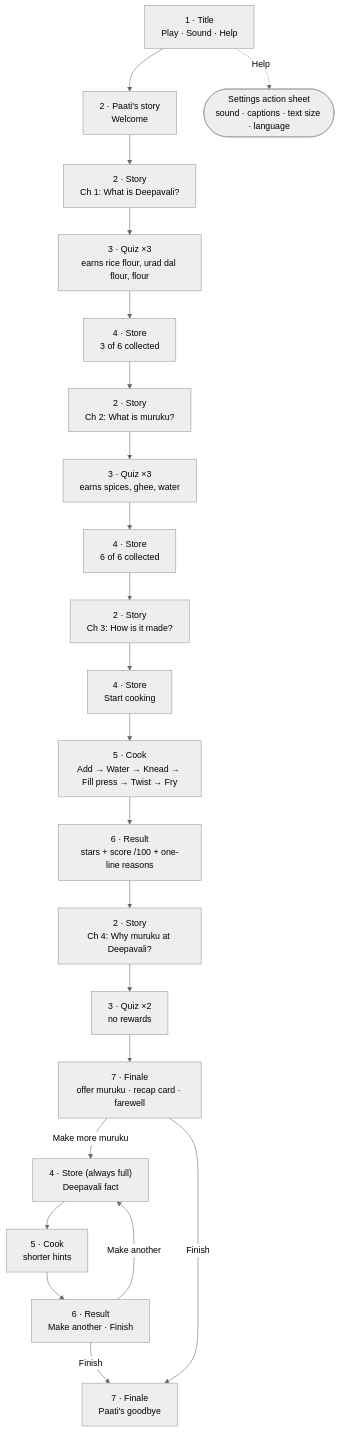
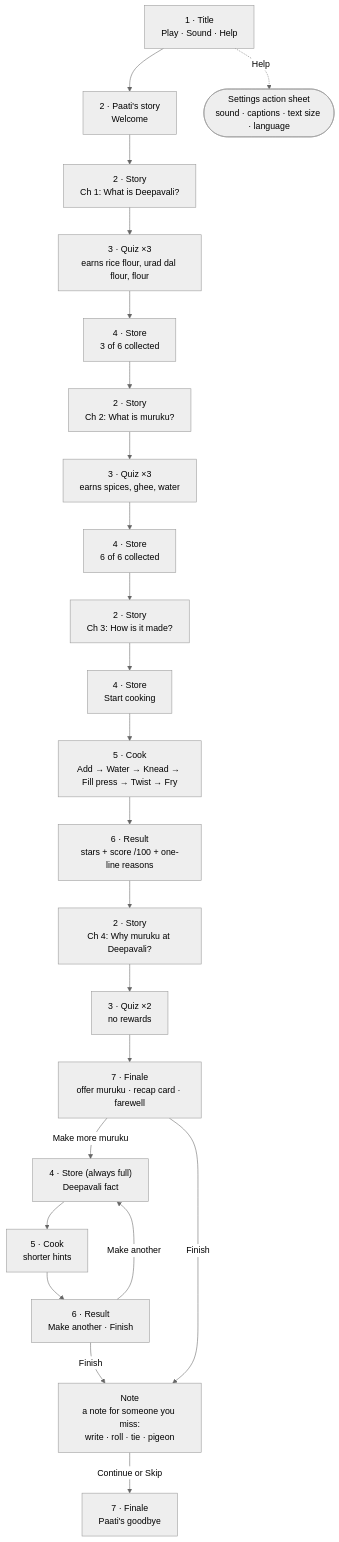
The diagram in docs/user-flow.md (krishanala/paatis-recipe-kitchen), drawn with Mermaid (neutral theme) before and after one commit. The commit also changed other lines of this file and 18 other files, not shown here.

First line of the commit message:
Firecrackers for right answers, and a note for someone you miss

````diff
--- a/docs/user-flow.md
+++ b/docs/user-flow.md
@@ -5,29 +5,30 @@
 ```mermaid
 flowchart TD
     T["1 · Title<br/>Play · Sound · Help"] --> W["2 · Paati's story<br/>Welcome"]
     T -. Help .-> S(["Settings action sheet<br/>sound · captions · text size · language"])
 
     W --> C1["2 · Story<br/>Ch 1: What is Deepavali?"]
     C1 --> Q1["3 · Quiz ×3<br/>earns rice flour, urad dal flour, flour"]
     Q1 --> ST1["4 · Store<br/>3 of 6 collected"]
 
     ST1 --> C2["2 · Story<br/>Ch 2: What is muruku?"]
     C2 --> Q2["3 · Quiz ×3<br/>earns spices, ghee, water"]
     Q2 --> ST2["4 · Store<br/>6 of 6 collected"]
 
     ST2 --> C3["2 · Story<br/>Ch 3: How is it made?"]
     C3 --> ST3["4 · Store<br/>Start cooking"]
     ST3 --> K["5 · Cook<br/>Add → Water → Knead → Fill press → Twist → Fry"]
     K --> R["6 · Result<br/>stars + score /100 + one-line reasons"]
 
     R --> C4["2 · Story<br/>Ch 4: Why muruku at Deepavali?"]
     C4 --> Q4["3 · Quiz ×2<br/>no rewards"]
     Q4 --> F["7 · Finale<br/>offer muruku · recap card · farewell"]
 
     F -- Make more muruku --> FK["4 · Store (always full)<br/>Deepavali fact"]
     FK --> K2["5 · Cook<br/>shorter hints"]
     K2 --> R2["6 · Result<br/>Make another · Finish"]
     R2 -- Make another --> FK
-    R2 -- Finish --> G["7 · Finale<br/>Paati's goodbye"]
-    F -- Finish --> G
+    R2 -- Finish --> N["Note<br/>a note for someone you miss:<br/>write · roll · tie · pigeon"]
+    F -- Finish --> N
+    N -- Continue or Skip --> G["7 · Finale<br/>Paati's goodbye"]
 ```
````
